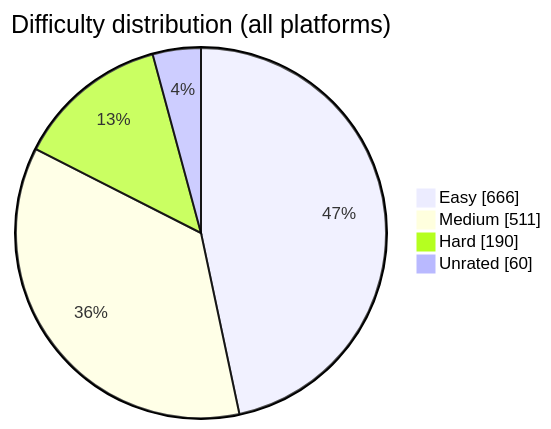
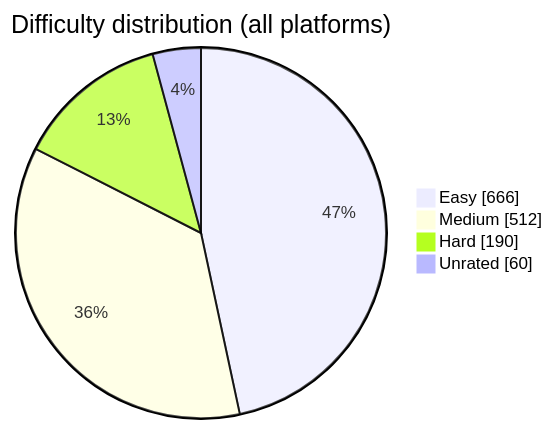
The diagram in README.md (BuildbyArindam/Daily-Coding-Log), drawn with Mermaid before and after one commit. The commit also changed other lines of this file, not shown here.

````diff
--- a/README.md
+++ b/README.md
@@ -93,7 +93,7 @@
 ```mermaid
 pie showData title Difficulty distribution (all platforms)
     "Easy" : 666
-    "Medium" : 511
+    "Medium" : 512
     "Hard" : 190
     "Unrated" : 60
 ```
````
